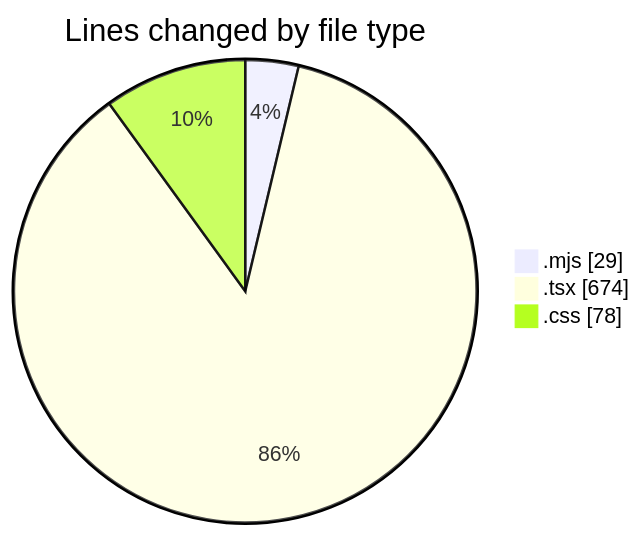
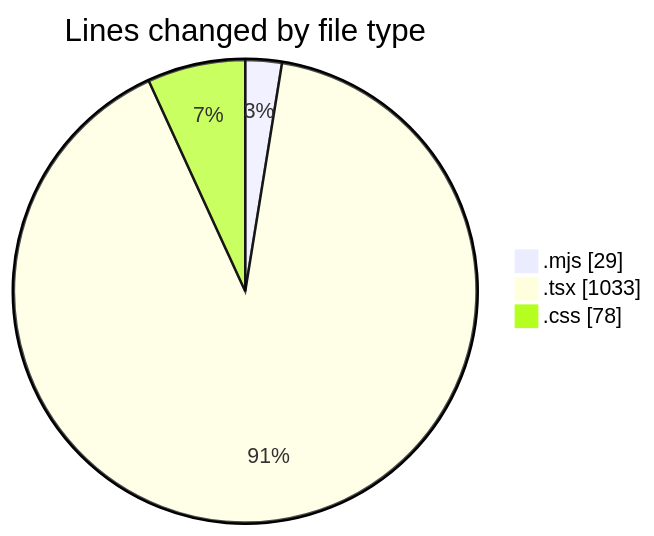
One commit to ernivani/code-tracking changed the first of 2 diagrams in 2025-01-03/impin_fr/README.md. Above: the diagram before and after it, drawn with Mermaid. The commit also changed other lines of this file and 4 other files, not shown here.

````diff
--- a/2025-01-03/impin_fr/README.md
+++ b/2025-01-03/impin_fr/README.md
@@ -29,7 +32,7 @@
 ```mermaid
 pie showData
 title Lines changed by file type
 ".mjs" : 29
-".tsx" : 674
+".tsx" : 1033
 ".css" : 78
 ```
````
